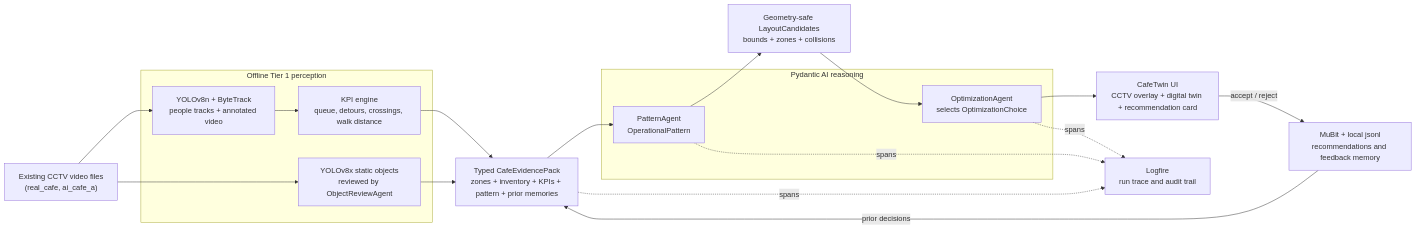
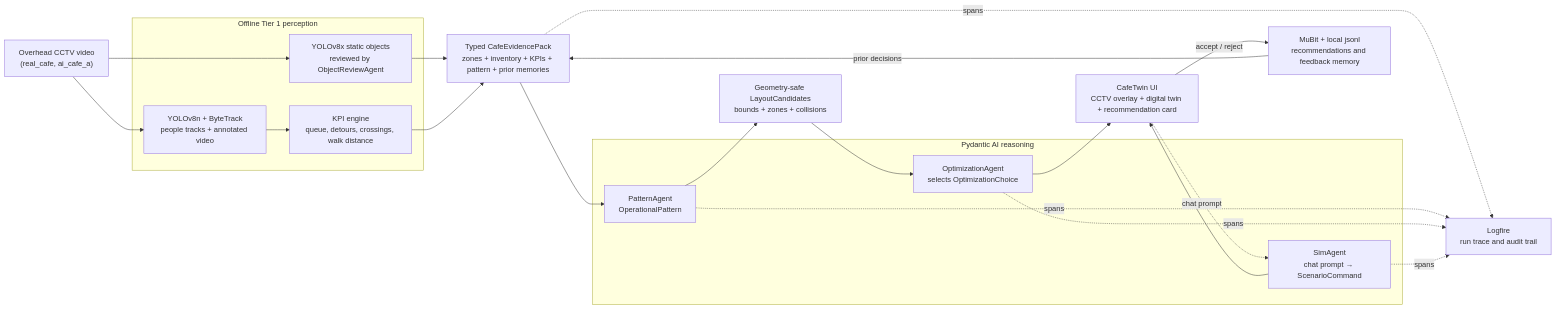
The diagram in README.md (alexzh3/londonhack), drawn with Mermaid before and after one commit. The commit also changed other lines of this file and 19 other files, not shown here.

````diff
--- a/README.md
+++ b/README.md
@@ -19,34 +27,37 @@
 ```mermaid
 flowchart LR
-    video["Existing CCTV video files<br/>(real_cafe, ai_cafe_a)"]
+    video["Overhead CCTV video<br/>(real_cafe, ai_cafe_a)"]
 
     subgraph perception["Offline Tier 1 perception"]
         tracks["YOLOv8n + ByteTrack<br/>people tracks + annotated video"]
         objects["YOLOv8x static objects<br/>reviewed by ObjectReviewAgent"]
         kpi["KPI engine<br/>queue, detours, crossings, walk distance"]
     end
 
     evidence["Typed CafeEvidencePack<br/>zones + inventory + KPIs + pattern + prior memories"]
     candidates["Geometry-safe LayoutCandidates<br/>bounds + zones + collisions"]
 
     subgraph agents["Pydantic AI reasoning"]
         pattern["PatternAgent<br/>OperationalPattern"]
         optimize["OptimizationAgent<br/>selects OptimizationChoice"]
+        sim["SimAgent<br/>chat prompt → ScenarioCommand"]
     end
 
     ui["CafeTwin UI<br/>CCTV overlay + digital twin + recommendation card"]
     memory["MuBit + local jsonl<br/>recommendations and feedback memory"]
     trace["Logfire<br/>run trace and audit trail"]
 
     video --> tracks
     video --> objects
     tracks --> kpi
     objects --> evidence
     kpi --> evidence
     evidence --> pattern --> candidates --> optimize --> ui
+    ui -.chat prompt.-> sim --> ui
     ui -->|accept / reject| memory
     memory -->|prior decisions| evidence
     evidence -. spans .-> trace
     pattern -. spans .-> trace
     optimize -. spans .-> trace
+    sim -. spans .-> trace
 ```
````
